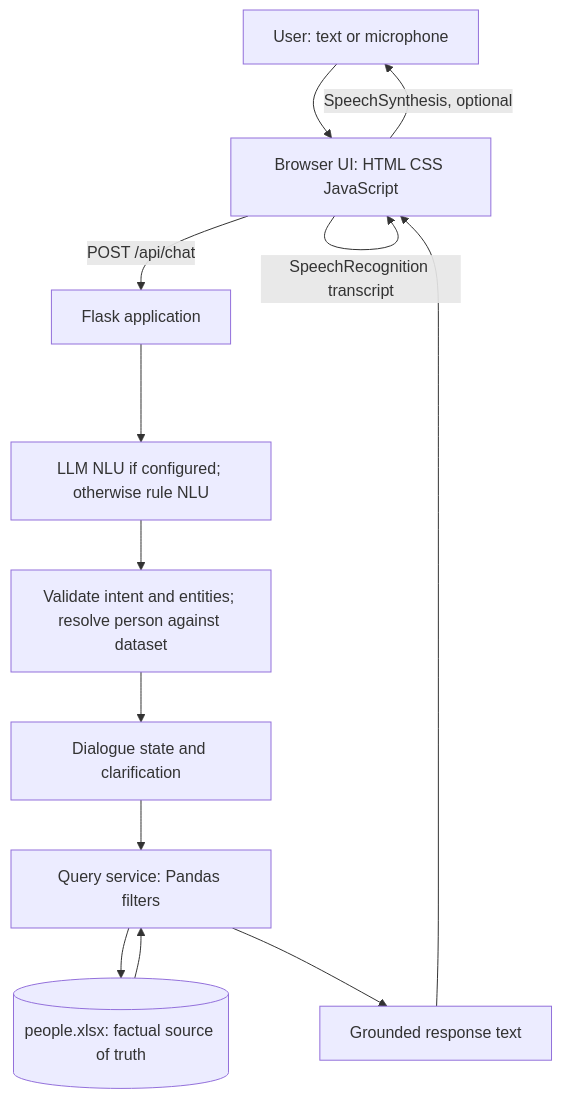
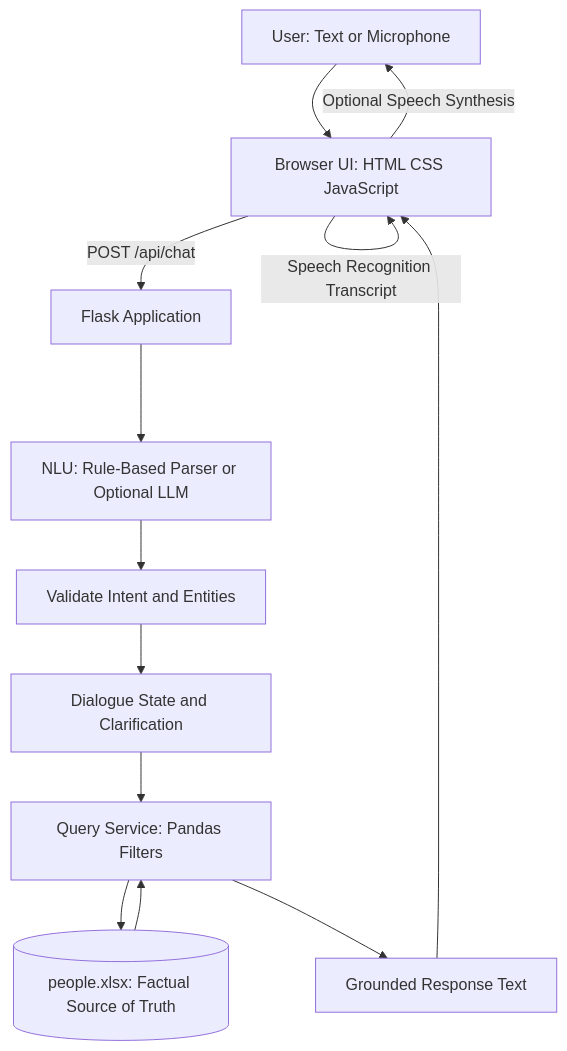
The diagram in ARCHITECTURE.md (varshinird192005-bit/CIUX-Birthday-Assistant), drawn with Mermaid before and after one commit. The commit also changed other lines of this file and 2 other files, not shown here.

````diff
--- a/ARCHITECTURE.md
+++ b/ARCHITECTURE.md
@@ -3,14 +7,17 @@
 ```mermaid
 flowchart TD
-    U[User: text or microphone] --> B[Browser UI: HTML CSS JavaScript]
-    B -->|SpeechRecognition transcript| B
-    B -->|POST /api/chat| F[Flask application]
-    F --> N[LLM NLU if configured; otherwise rule NLU]
-    N --> V[Validate intent and entities; resolve person against dataset]
-    V --> D[Dialogue state and clarification]
-    D --> Q[Query service: Pandas filters]
-    Q --> X[(people.xlsx: factual source of truth)]
-    X --> Q --> R[Grounded response text]
+    U[User: Text or Microphone] --> B[Browser UI: HTML CSS JavaScript]
+    B -->|Speech Recognition Transcript| B
+    B -->|POST /api/chat| F[Flask Application]
+
+    F --> N[NLU: Rule-Based Parser or Optional LLM]
+    N --> V[Validate Intent and Entities]
+    V --> D[Dialogue State and Clarification]
+    D --> Q[Query Service: Pandas Filters]
+    Q --> X[(people.xlsx: Factual Source of Truth)]
+
+    X --> Q
+    Q --> R[Grounded Response Text]
     R --> B
-    B -->|SpeechSynthesis, optional| U
+    B -->|Optional Speech Synthesis| U
 ```
````
